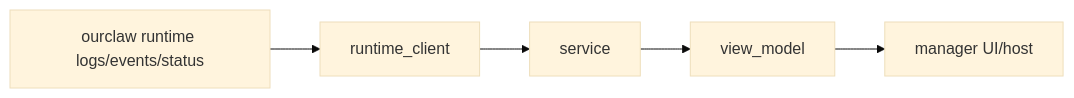
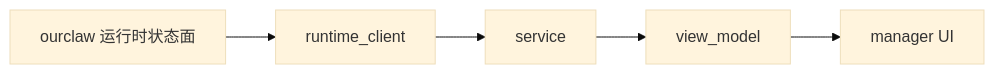
Before and after one commit to topaihub/zig-framework: the fourth of 4 diagrams in docs/architecture/logging-usage-guide.md, drawn with Mermaid (base theme). The commit also changed other lines of this file and 1 other file, not shown here.

First line of the commit message:
修正日志文档中的 Mermaid 图

````diff
--- a/docs/architecture/logging-usage-guide.md
+++ b/docs/architecture/logging-usage-guide.md
@@ -405,7 +405,7 @@
 ```mermaid
 flowchart LR
-    A[ourclaw runtime logs/events/status] --> B[runtime_client]
+    A[ourclaw 运行时状态面] --> B[runtime_client]
     B --> C[service]
     C --> D[view_model]
-    D --> E[manager UI/host]
+    D --> E[manager UI]
 ```
````
